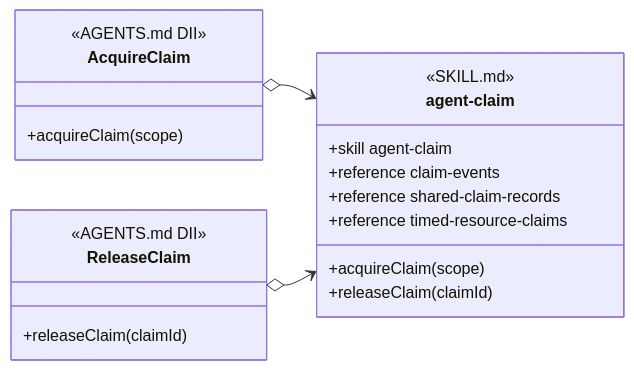
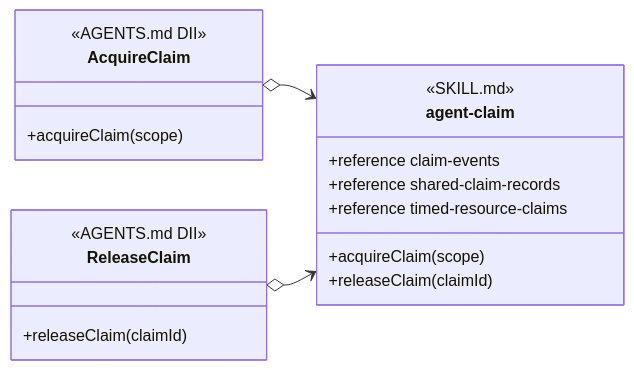
One commit to martinbechard/dev-methodology changed the eighth of 11 diagrams in design/object-oriented-agent-and-skill-model.md. Above: the diagram before and after it, drawn with Mermaid. The commit also changed other lines of this file and 2 other files, not shown here.

Commit message:
Clarify whole-skill and work-item DII notation

````diff
--- a/design/object-oriented-agent-and-skill-model.md
+++ b/design/object-oriented-agent-and-skill-model.md
@@ -486,27 +477,26 @@
 ```mermaid
 classDiagram
     direction LR
 
     class AcquireClaim {
         <<AGENTS.md DII>>
         +acquireClaim(scope)
     }
 
     class ReleaseClaim {
         <<AGENTS.md DII>>
         +releaseClaim(claimId)
     }
 
     class agent-claim {
         <<SKILL.md>>
-        +skill agent-claim
         +acquireClaim(scope)
         +releaseClaim(claimId)
         +reference claim-events
         +reference shared-claim-records
         +reference timed-resource-claims
     }
 
     AcquireClaim o--> agent-claim
     ReleaseClaim o--> agent-claim
 ```
````
